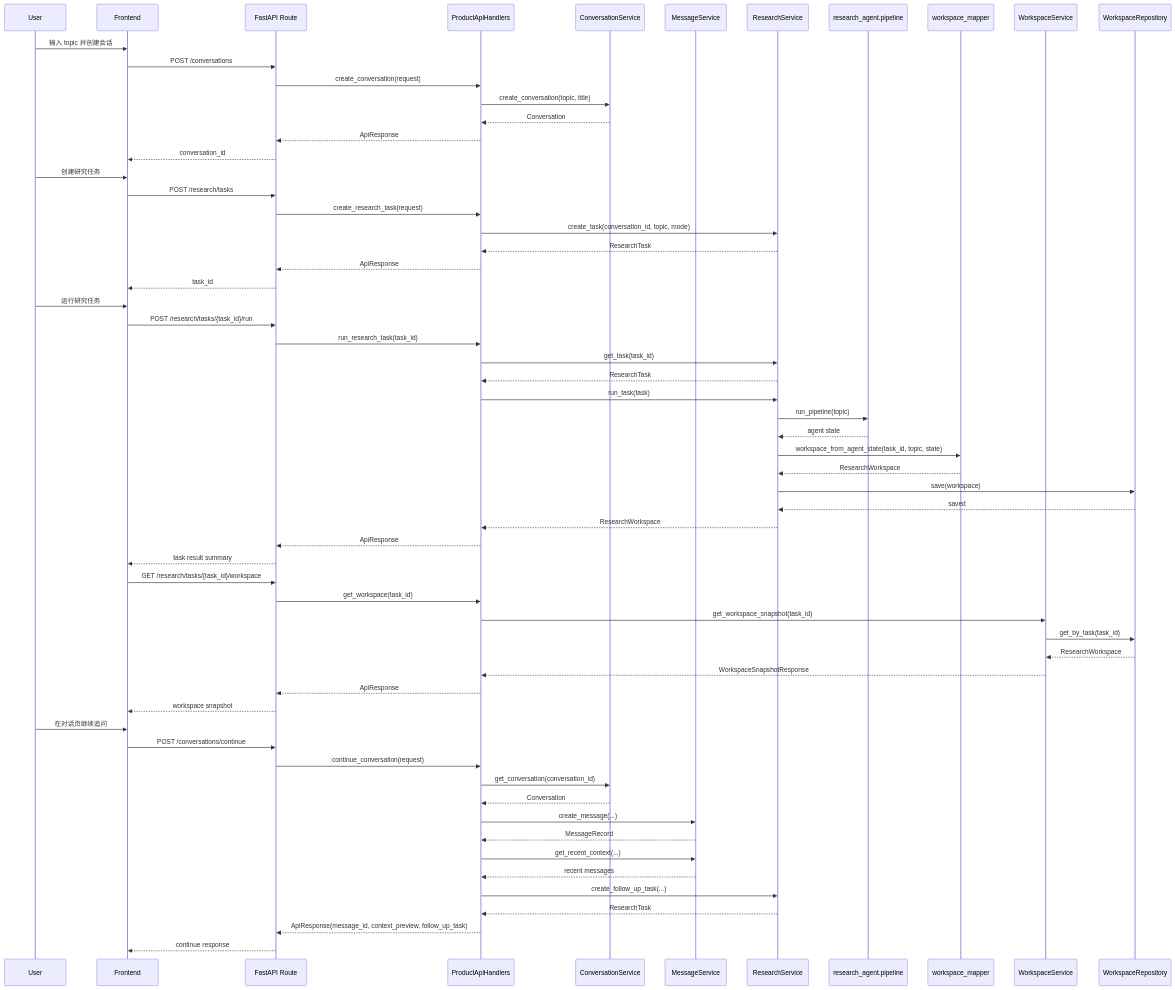
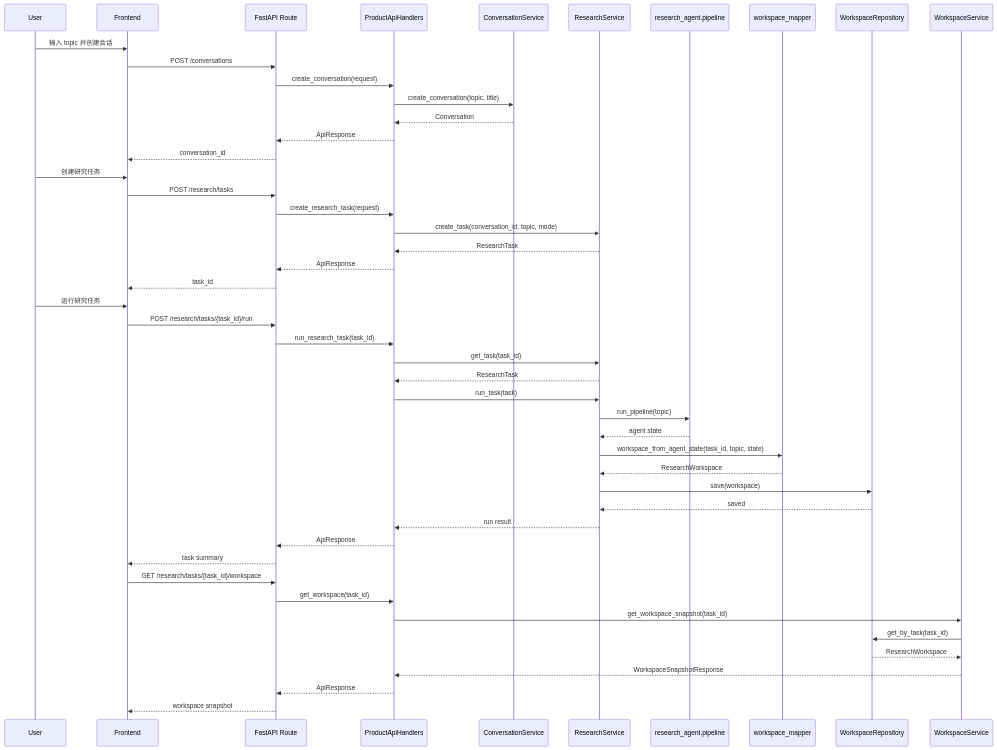
One commit to 5tiao5/mamba-thinking changed the first of 2 diagrams in docs/主链路时序图.md. Above: the diagram before and after it, drawn with Mermaid. The commit also changed other lines of this file and 32 other files, not shown here.

````diff
--- a/docs/主链路时序图.md
+++ b/docs/主链路时序图.md
@@ -18,69 +18,54 @@
 ```mermaid
 sequenceDiagram
     participant U as User
     participant FE as Frontend
     participant API as FastAPI Route
     participant H as ProductApiHandlers
     participant CS as ConversationService
-    participant MS as MessageService
     participant RS as ResearchService
     participant AG as research_agent.pipeline
     participant WM as workspace_mapper
+    participant WR as WorkspaceRepository
     participant WS as WorkspaceService
-    participant WR as WorkspaceRepository
 
     U->>FE: 输入 topic 并创建会话
     FE->>API: POST /conversations
     API->>H: create_conversation(request)
     H->>CS: create_conversation(topic, title)
     CS-->>H: Conversation
     H-->>API: ApiResponse
     API-->>FE: conversation_id
 
     U->>FE: 创建研究任务
     FE->>API: POST /research/tasks
     API->>H: create_research_task(request)
     H->>RS: create_task(conversation_id, topic, mode)
     RS-->>H: ResearchTask
     H-->>API: ApiResponse
     API-->>FE: task_id
 
     U->>FE: 运行研究任务
     FE->>API: POST /research/tasks/{task_id}/run
     API->>H: run_research_task(task_id)
     H->>RS: get_task(task_id)
     RS-->>H: ResearchTask
     H->>RS: run_task(task)
     RS->>AG: run_pipeline(topic)
     AG-->>RS: agent state
     RS->>WM: workspace_from_agent_state(task_id, topic, state)
     WM-->>RS: ResearchWorkspace
     RS->>WR: save(workspace)
     WR-->>RS: saved
-    RS-->>H: ResearchWorkspace
+    RS-->>H: run result
     H-->>API: ApiResponse
-    API-->>FE: task result summary
+    API-->>FE: task summary
 
     FE->>API: GET /research/tasks/{task_id}/workspace
     API->>H: get_workspace(task_id)
     H->>WS: get_workspace_snapshot(task_id)
     WS->>WR: get_by_task(task_id)
     WR-->>WS: ResearchWorkspace
     WS-->>H: WorkspaceSnapshotResponse
     H-->>API: ApiResponse
     API-->>FE: workspace snapshot
-
-    U->>FE: 在对话页继续追问
-    FE->>API: POST /conversations/continue
-    API->>H: continue_conversation(request)
-    H->>CS: get_conversation(conversation_id)
-    CS-->>H: Conversation
-    H->>MS: create_message(...)
-    MS-->>H: MessageRecord
-    H->>MS: get_recent_context(...)
-    MS-->>H: recent messages
-    H->>RS: create_follow_up_task(...)
-    RS-->>H: ResearchTask
-    H-->>API: ApiResponse(message_id, context_preview, follow_up_task)
-    API-->>FE: continue response
 ```
````
